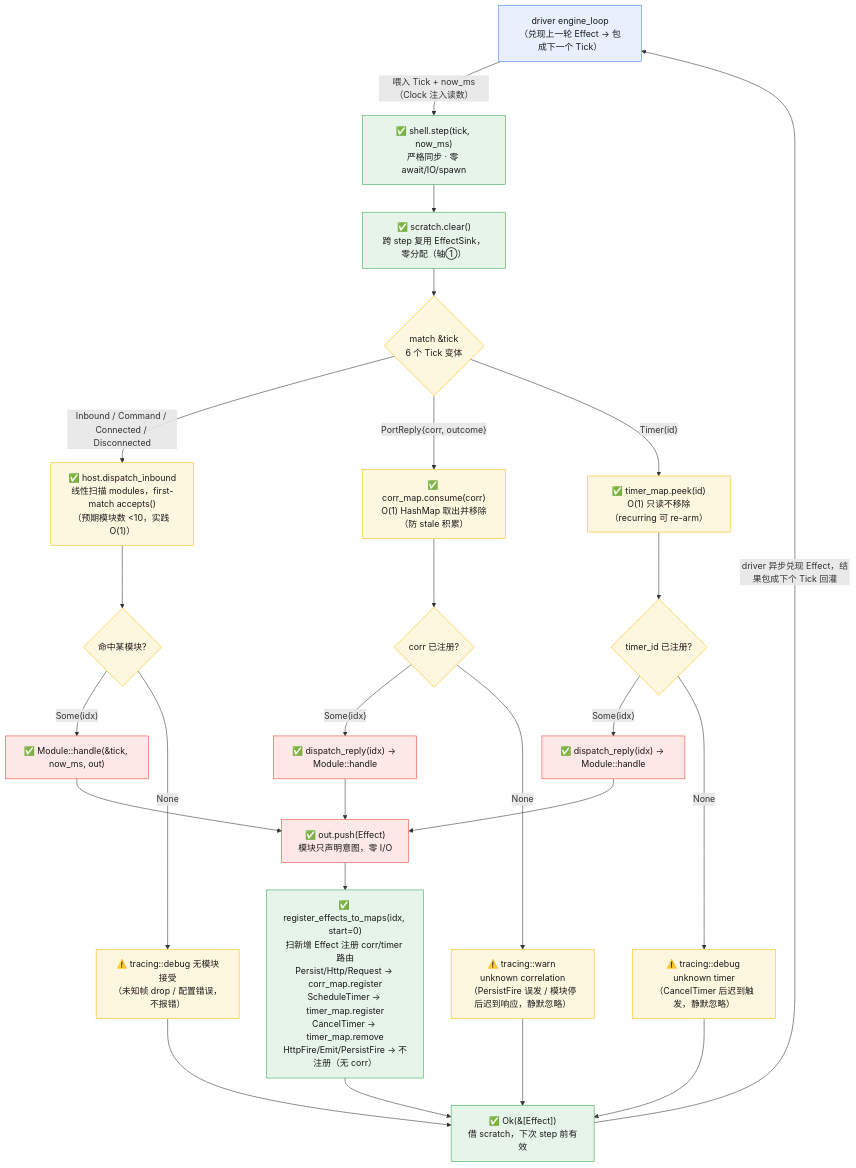
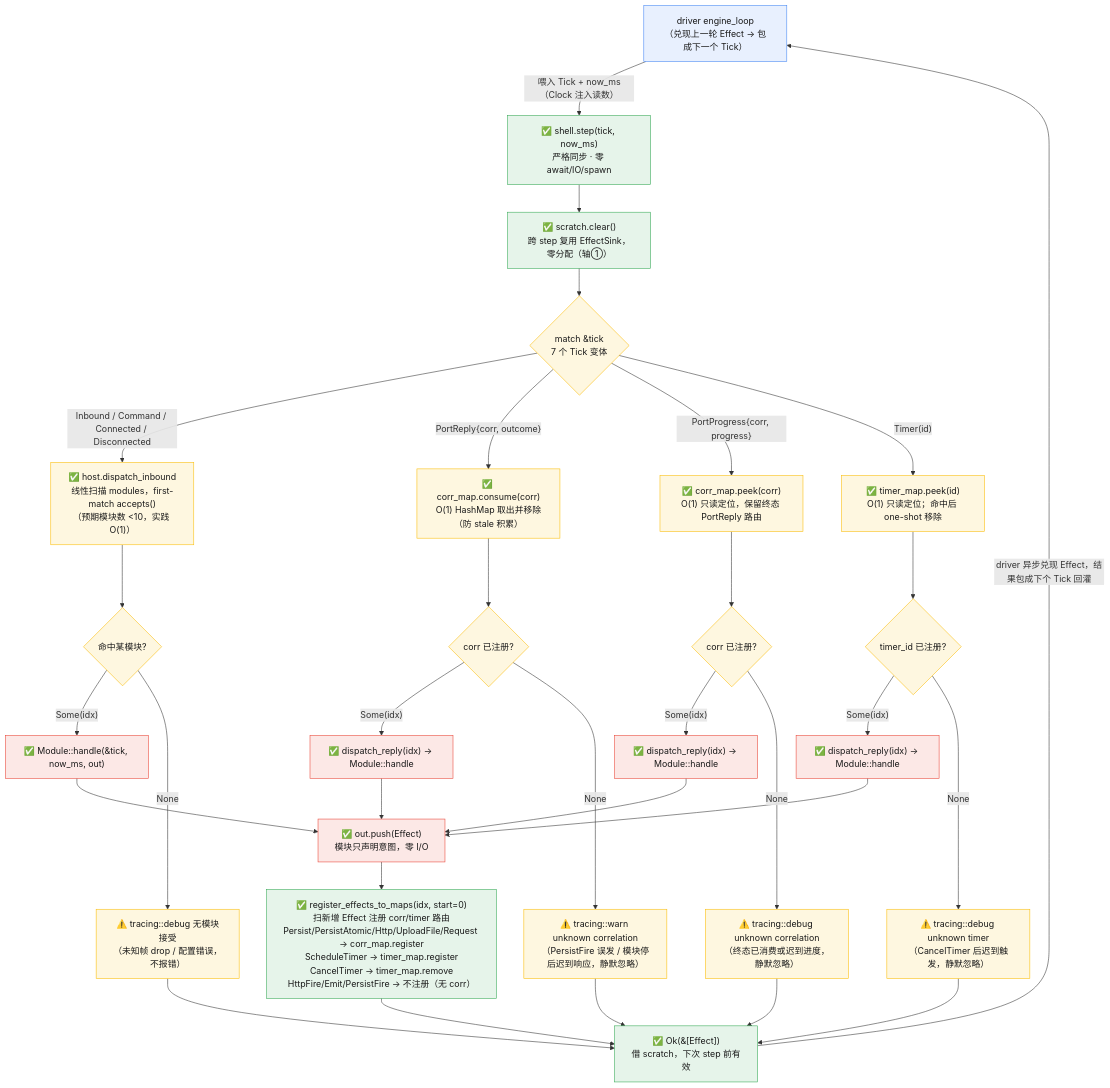
Before and after one commit to zxs1633079383/helix: the diagram in crates/helix-core/docs/design/01-step-event-loop.mmd, drawn with Mermaid. The commit also changed 16 other files, not shown here.

```diff
--- a/crates/helix-core/docs/design/01-step-event-loop.mmd
+++ b/crates/helix-core/docs/design/01-step-event-loop.mmd
@@ -1,45 +1,53 @@
 %% helix-core — step 事件循环（ExecutionShell::step 的同步纯函数路由）
 %% 真源：src/engine.rs (step / register_effects_to_maps) + src/module_host.rs (dispatch_*)
 %% 关联：HX-C001(零运行时) · AGENTS.md §0 sans-IO · 不变量 step() 零 await/IO/spawn
 flowchart TD
     classDef driver fill:#e8f0fe,stroke:#4285f4,color:#1a1a1a
     classDef core fill:#e6f4ea,stroke:#34a853,color:#1a1a1a
     classDef route fill:#fef7e0,stroke:#fbbc04,color:#1a1a1a
     classDef module fill:#fce8e6,stroke:#ea4335,color:#1a1a1a
 
     DRV["driver engine_loop<br/>（兑现上一轮 Effect → 包成下一个 Tick）"]:::driver
     IN["✅ shell.step(tick, now_ms)<br/>严格同步 · 零 await/IO/spawn"]:::core
     CLR["✅ scratch.clear()<br/>跨 step 复用 EffectSink，零分配（轴①）"]:::core
 
     DRV -->|"喂入 Tick + now_ms（Clock 注入读数）"| IN
-    IN --> CLR --> MATCH{"match &tick<br/>6 个 Tick 变体"}:::route
+    IN --> CLR --> MATCH{"match &tick<br/>7 个 Tick 变体"}:::route
 
     %% ── 路由分支 1：内容路由（accepts 线性扫描）──
     MATCH -->|"Inbound / Command / Connected / Disconnected"| SCAN["✅ host.dispatch_inbound<br/>线性扫描 modules，first-match accepts()<br/>（预期模块数 <10，实践 O(1)）"]:::route
     SCAN --> HIT{"命中某模块?"}:::route
     HIT -->|"Some(idx)"| H1["✅ Module::handle(&tick, now_ms, out)"]:::module
     HIT -->|"None"| NOP["⚠️ tracing::debug 无模块接受<br/>（未知帧 drop / 配置错误，不报错）"]:::route
 
     %% ── 路由分支 2：PortReply 定向（corr_map O(1)）──
     MATCH -->|"PortReply{corr, outcome}"| CM["✅ corr_map.consume(corr)<br/>O(1) HashMap 取出并移除（防 stale 积累）"]:::route
     CM --> CMHIT{"corr 已注册?"}:::route
     CMHIT -->|"Some(idx)"| H2["✅ dispatch_reply(idx) → Module::handle"]:::module
     CMHIT -->|"None"| CMWARN["⚠️ tracing::warn unknown correlation<br/>（PersistFire 误发 / 模块停后迟到响应，静默忽略）"]:::route
 
-    %% ── 路由分支 3：Timer 定向（timer_map O(1)）──
-    MATCH -->|"Timer(id)"| TM["✅ timer_map.peek(id)<br/>O(1) 只读不移除（recurring 可 re-arm）"]:::route
+    %% ── 路由分支 3：PortProgress 定向（corr_map O(1)，只读不消费）──
+    MATCH -->|"PortProgress{corr, progress}"| PM["✅ corr_map.peek(corr)<br/>O(1) 只读定位，保留终态 PortReply 路由"]:::route
+    PM --> PMHIT{"corr 已注册?"}:::route
+    PMHIT -->|"Some(idx)"| H2P["✅ dispatch_reply(idx) → Module::handle"]:::module
+    PMHIT -->|"None"| PMDBG["⚠️ tracing::debug unknown correlation<br/>（终态已消费或迟到进度，静默忽略）"]:::route
+
+    %% ── 路由分支 4：Timer 定向（timer_map O(1)）──
+    MATCH -->|"Timer(id)"| TM["✅ timer_map.peek(id)<br/>O(1) 只读定位；命中后 one-shot 移除"]:::route
     TM --> TMHIT{"timer_id 已注册?"}:::route
     TMHIT -->|"Some(idx)"| H3["✅ dispatch_reply(idx) → Module::handle"]:::module
     TMHIT -->|"None"| TMDBG["⚠️ tracing::debug unknown timer<br/>（CancelTimer 后迟到触发，静默忽略）"]:::route
 
     %% ── 汇合：handle 吐 Effect → 注册 corr/timer → 返回切片 ──
     H1 --> OUT["✅ out.push(Effect)<br/>模块只声明意图，零 I/O"]:::module
     H2 --> OUT
+    H2P --> OUT
     H3 --> OUT
-    OUT --> REG["✅ register_effects_to_maps(idx, start=0)<br/>扫新增 Effect 注册 corr/timer 路由<br/>Persist/Http/Request → corr_map.register<br/>ScheduleTimer → timer_map.register<br/>CancelTimer → timer_map.remove<br/>HttpFire/Emit/PersistFire → 不注册（无 corr）"]:::core
+    OUT --> REG["✅ register_effects_to_maps(idx, start=0)<br/>扫新增 Effect 注册 corr/timer 路由<br/>Persist/PersistAtomic/Http/UploadFile/Request → corr_map.register<br/>ScheduleTimer → timer_map.register<br/>CancelTimer → timer_map.remove<br/>HttpFire/Emit/PersistFire → 不注册（无 corr）"]:::core
 
     REG --> RET["✅ Ok(&[Effect])<br/>借 scratch，下次 step 前有效"]:::core
     NOP --> RET
     CMWARN --> RET
+    PMDBG --> RET
     TMDBG --> RET
     RET -->|"driver 异步兑现 Effect，结果包成下个 Tick 回灌"| DRV
```
